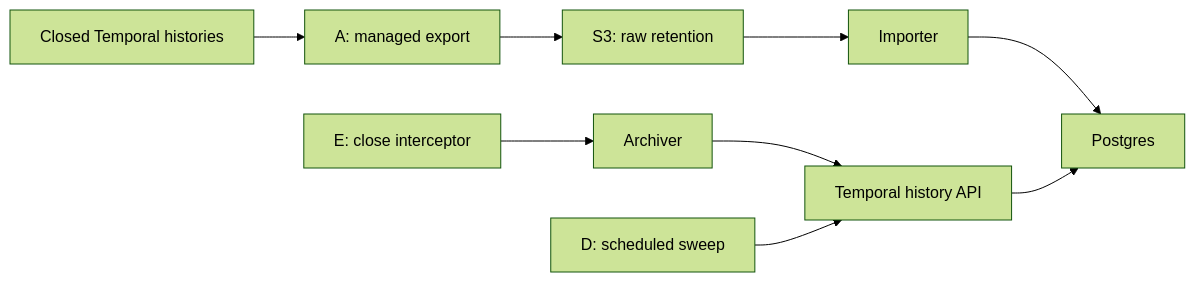
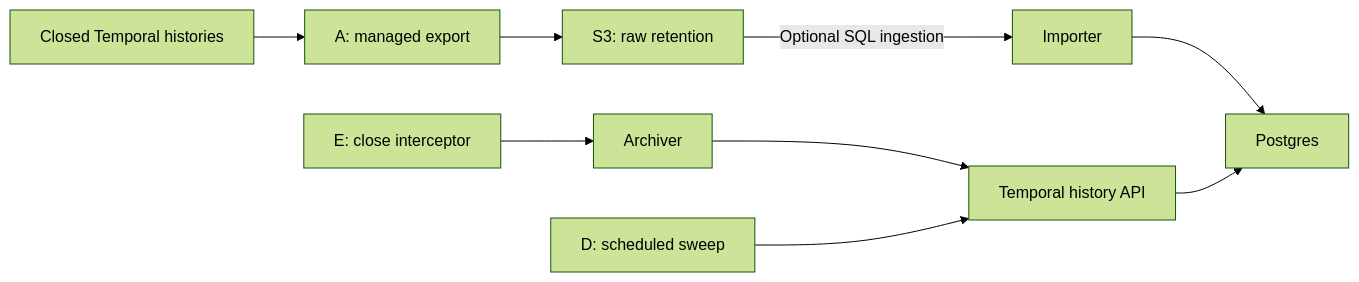
One commit to technoidentity-kuncha/temporal-cloud-elk-kit changed the diagram in audit/README.md. Above: the diagram before and after it, drawn with Mermaid (forest theme). The commit also changed other lines of this file and 11 other files, not shown here.

Commit message:
Validate archival flows and clarify implementation guidance

````diff
--- a/audit/README.md
+++ b/audit/README.md
@@ -13,9 +15,9 @@
 ```mermaid
 flowchart LR
     cloud["Closed Temporal histories"] --> export["A: managed export"]
     export --> s3["S3: raw retention"]
-    s3 --> importer["Importer"] --> pg["Postgres"]
+    s3 -->|"Optional SQL ingestion"| importer["Importer"] --> pg["Postgres"]
     hook["E: close interceptor"] --> archiver["Archiver"]
     archiver --> api["Temporal history API"] --> pg
     sweep["D: scheduled sweep"] --> api
 ```
````
